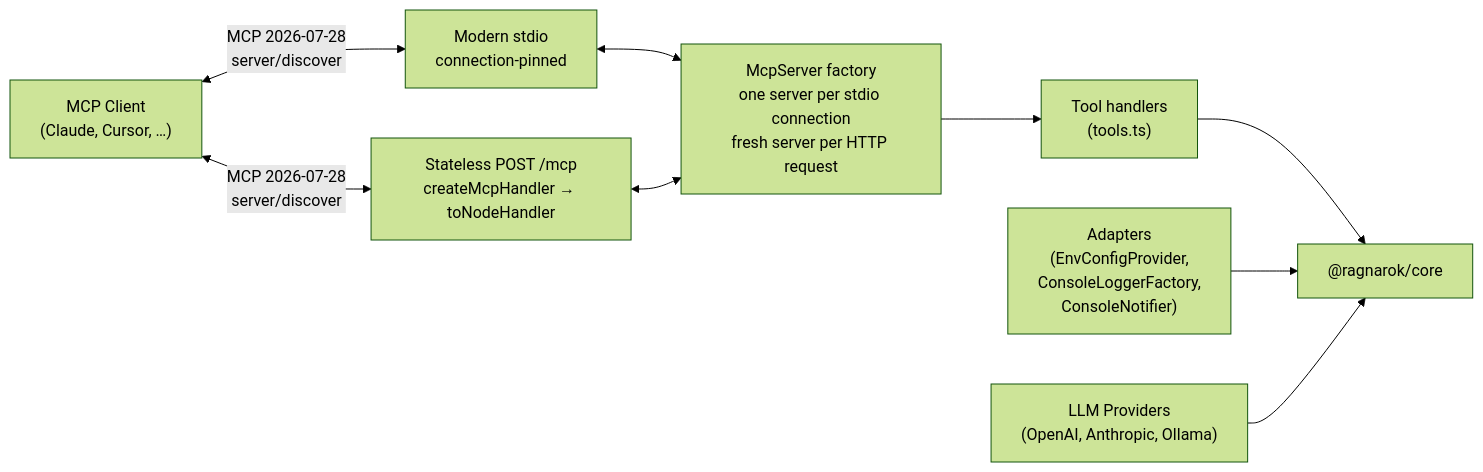
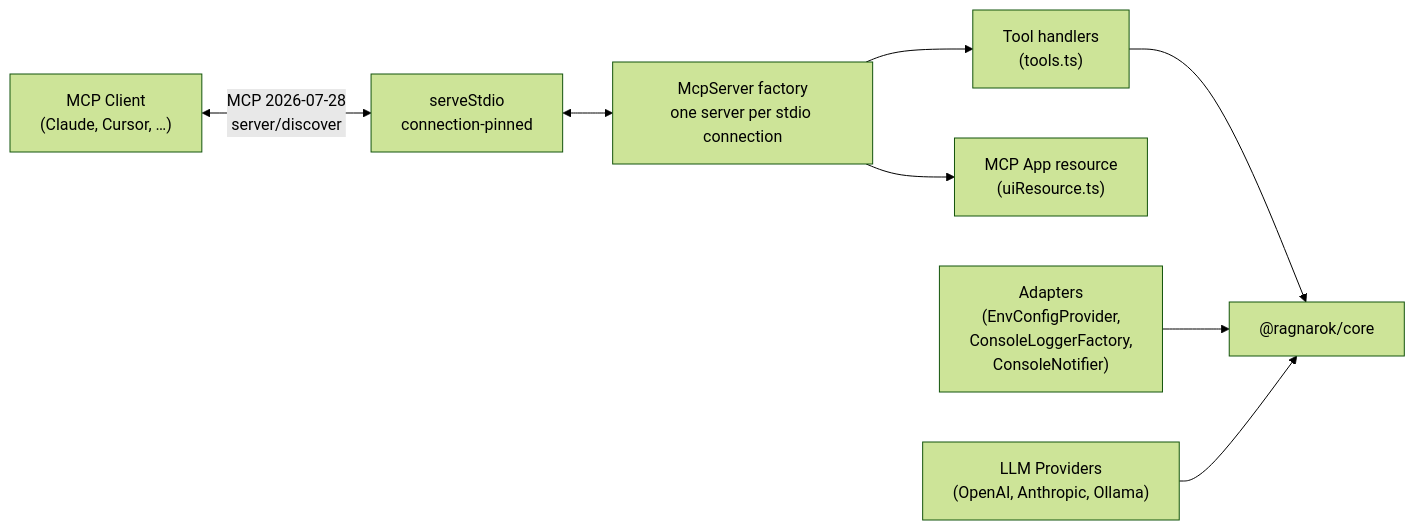
One commit to hyorman/RAGnarok changed the diagram in packages/mcp-server/README.md. Above: the diagram before and after it, drawn with Mermaid (forest theme). The commit also changed other lines of this file and 9 other files, not shown here.

Commit message:
docs!: describe the stdio-only MCP server

````diff
--- a/packages/mcp-server/README.md
+++ b/packages/mcp-server/README.md
@@ -14,20 +20,19 @@
 ```mermaid
 flowchart LR
   client["MCP Client</br>(Claude, Cursor, …)"]
-  stdio["Modern stdio</br>connection-pinned"]
-  http["Stateless POST /mcp</br>createMcpHandler → toNodeHandler"]
-  server["McpServer factory</br>one server per stdio connection</br>fresh server per HTTP request"]
+  stdio["serveStdio</br>connection-pinned"]
+  server["McpServer factory</br>one server per stdio connection"]
   tools["Tool handlers\n(tools.ts)"]
+  ui["MCP App resource\n(uiResource.ts)"]
   adapters["Adapters\n(EnvConfigProvider,\nConsoleLoggerFactory,\nConsoleNotifier)"]
   llm["LLM Providers\n(OpenAI, Anthropic, Ollama)"]
   core["@ragnarok/core"]
 
   client <-->|"MCP 2026-07-28</br>server/discover"| stdio
-  client <-->|"MCP 2026-07-28</br>server/discover"| http
   stdio <--> server
-  http <--> server
   server --> tools
+  server --> ui
   tools --> core
   adapters --> core
   llm --> core
 ```
````
